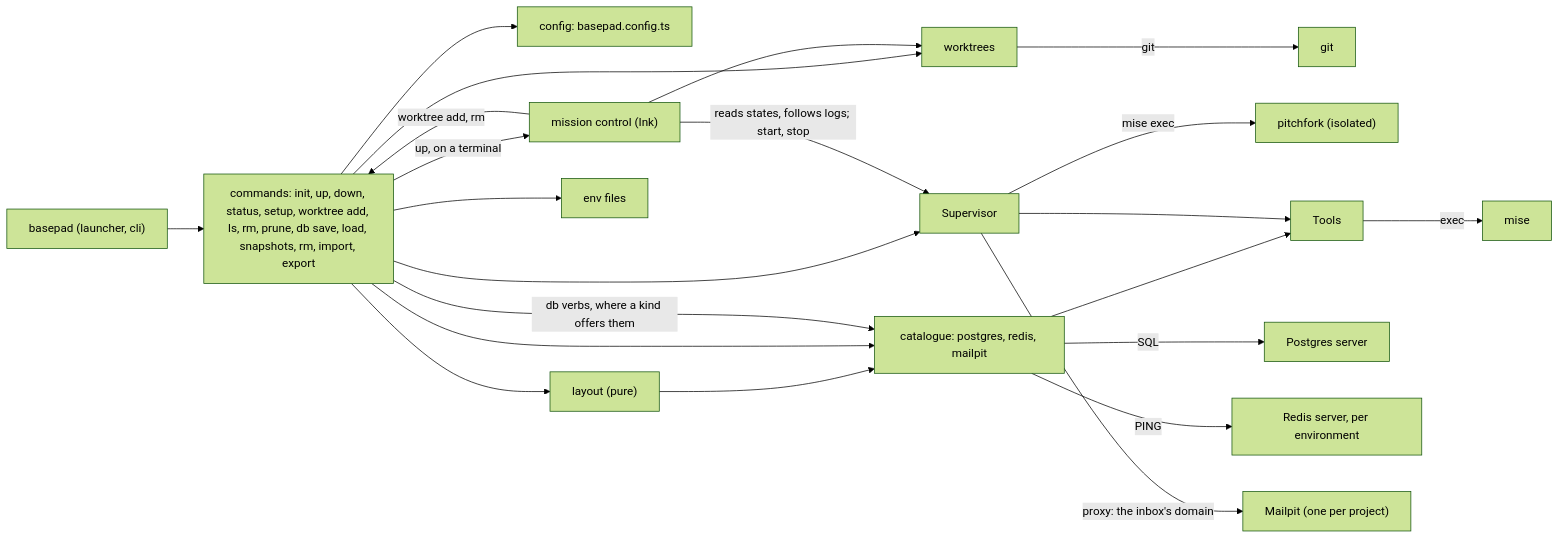
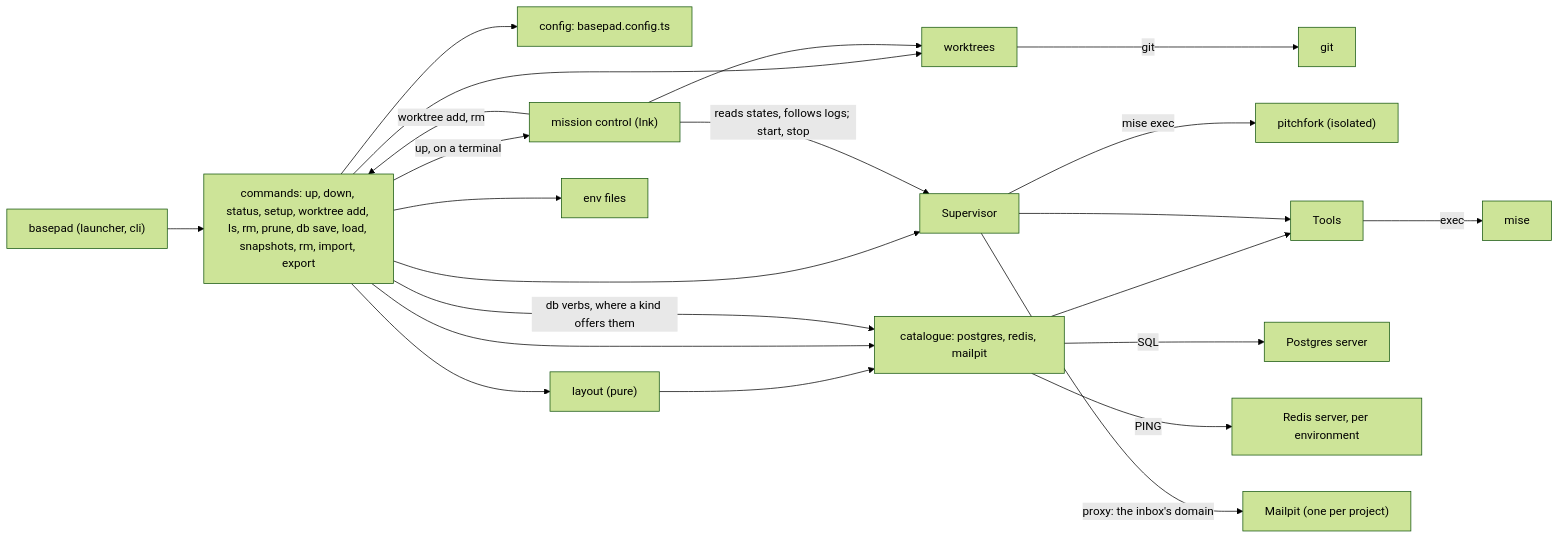
Before and after one commit to Aysnc-Labs/basepad: the diagram in docs/feature-map.md, drawn with Mermaid (forest theme). The commit also changed other lines of this file and 9 other files, not shown here.

First line of the commit message:
Remove basepad init; the no-config error links to the guide

````diff
--- a/docs/feature-map.md
+++ b/docs/feature-map.md
@@ -12,24 +12,24 @@
 ```mermaid
 flowchart LR
-  CLI["basepad (launcher, cli)"] --> Commands["commands: init, up, down, status, setup, worktree add, ls, rm, prune, db save, load, snapshots, rm, import, export"]
+  CLI["basepad (launcher, cli)"] --> Commands["commands: up, down, status, setup, worktree add, ls, rm, prune, db save, load, snapshots, rm, import, export"]
   Commands --> Worktrees["worktrees"]
   Worktrees -- "git" --> Git["git"]
   Commands --> Config["config: basepad.config.ts"]
   Commands --> Layout["layout (pure)"]
   Layout --> Catalogue
   Commands --> Catalogue["catalogue: postgres, redis, mailpit"]
   Commands -- "db verbs, where a kind offers them" --> Catalogue
   Commands --> Supervisor
   Commands -- "up, on a terminal" --> MissionControl["mission control (Ink)"]
   MissionControl -- "reads states, follows logs; start, stop" --> Supervisor
   MissionControl --> Worktrees
   MissionControl -- "worktree add, rm" --> Commands
   Commands --> EnvFiles["env files"]
   Supervisor -- "mise exec" --> Pitchfork["pitchfork (isolated)"]
   Catalogue --> Tools
   Supervisor --> Tools
   Tools -- "exec" --> Mise["mise"]
   Catalogue -- "SQL" --> Postgres["Postgres server"]
   Catalogue -- "PING" --> Redis["Redis server, per environment"]
   Supervisor -- "proxy: the inbox's domain" --> Mailpit["Mailpit (one per project)"]
 ```
````
